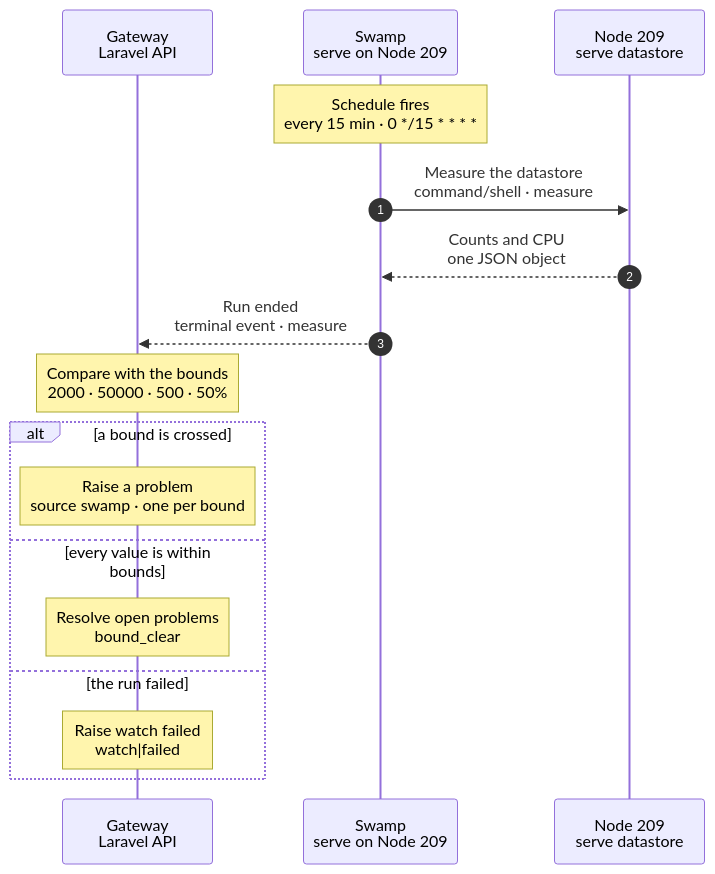
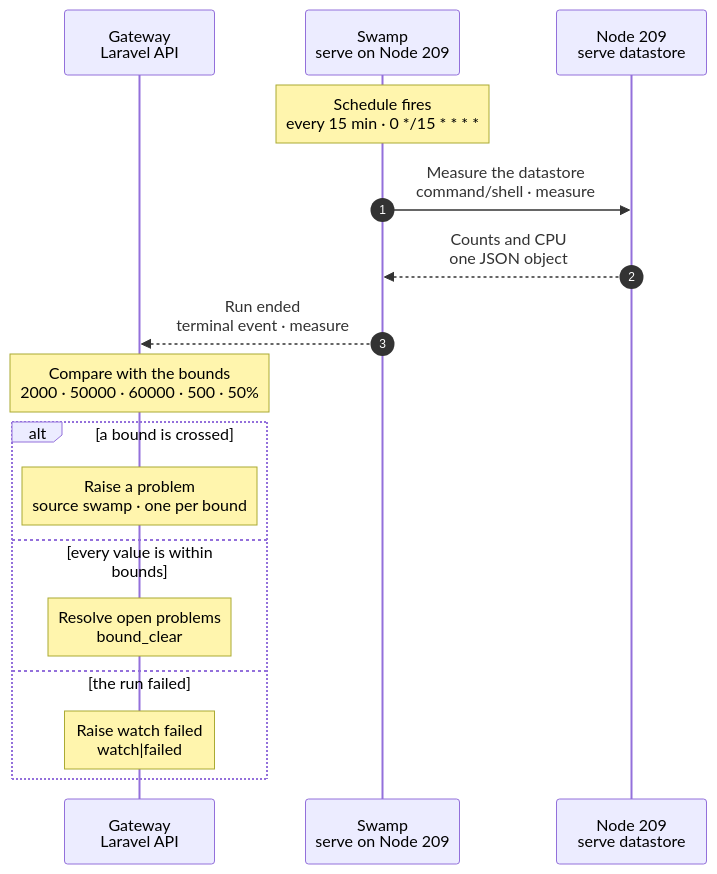
The diagram in docs/flows/swamp.datastore_watch.mmd (hardimpactdev/orbit), drawn with Mermaid before and after one commit. The commit also changed 4 other files, not shown here.

First line of the commit message:
feat(swamp): the datastore watch bounds step leases at 60,000

```diff
--- a/docs/flows/swamp.datastore_watch.mmd
+++ b/docs/flows/swamp.datastore_watch.mmd
@@ -1,54 +1,55 @@
 sequenceDiagram
   %% Target design: ADR 0243 (swamp role owns serve), ADR 0244 task per fire, Nick 2026-11-02 datastore watch decision. docs/reference/operations.md#swamp-datastore-watch.
   %% status: draft
   %% command: none · swamp-datastore-watch schedule
   %% behavior name: swamp-datastore-watch (fixed)
   autonumber
   %% lane GW icon=gateway pill=intent tone=blue
   %% lane SW icon=workflow pill=executes tone=green
   %% lane N icon=server pill=target tone=amber
   participant GW as Gateway<br/>Laravel API
   participant SW as Swamp<br/>serve on Node 209
   participant N as Node 209<br/>serve datastore
   Note over SW: Schedule fires<br/>every 15 min · 0 */15 * * * *
   %%> When:
   %%> - every 15 minutes, from the native trigger of `swamp-datastore-watch`
   %%> - serve loads the workflow from the repository with each release, like every workflow
   %%> Not included:
   %%> - no command: no person starts it, and the swamp role installs nothing for it
   %%> - one fire is one task (ADR 0244)
   SW->>N: Measure the datastore<br/>command/shell · measure
   %%> What it does:
-  %%> - counts the auto-definitions of each behavior type, the output records, the workflow runs, the data records and the grant records in serve's `.swamp`
+  %%> - counts the auto-definitions of each behavior type, the output records, the workflow runs, the data records, the step leases and the grant records in serve's `.swamp`
   %%> - samples serve's CPU over 5 seconds
   %%> Runs as:
   %%> - a swamp worker on Node 209, beside serve; it reads only and changes nothing
   N-->>SW: Counts and CPU<br/>one JSON object
   %%> Returns:
-  %%> - `auto_definitions` per type, `outputs`, `workflow_runs`, `data`, `grants` and `serve_cpu_percent`
+  %%> - `auto_definitions` per type, `outputs`, `workflow_runs`, `data`, `step_leases`, `grants` and `serve_cpu_percent`
   SW-->>GW: Run ended<br/>terminal event · measure
   %%> How the Gateway learns it:
   %%> - its shared run reader sees the terminal event and reads the step's output; the step never calls the Gateway
-  Note over GW: Compare with the bounds<br/>2000 · 50000 · 500 · 50%
+  Note over GW: Compare with the bounds<br/>2000 · 50000 · 60000 · 500 · 50%
   %%> Bounds:
   %%> - 2,000 auto-definitions of one type, grant records excepted
   %%> - 50,000 output records
+  %%> - 60,000 step leases; bookkeeping keeps them 2 hours, so they level off near 2 hours of dispatches
   %%> - 500 grant records
   %%> - 50% serve CPU
   %%> Why:
   %%> - large auto-definition directories drove serve's CPU past 100% (Lab #4280)
   alt a bound is crossed
     Note over GW: Raise a problem<br/>source swamp · one per bound
     %%> Result:
     %%> - one problem per crossed bound, with the observed value and the bound
     %%> - it becomes ready after a second sighting at least 10 minutes later, like a Doctor finding
   else every value is within bounds
     Note over GW: Resolve open problems<br/>bound_clear
     %%> Result:
     %%> - each open problem whose value is back within its bound is resolved
   else the run failed
     Note over GW: Raise watch failed<br/>watch|failed
     %%> Result:
     %%> - one problem says the datastore is unwatched, with the run id
     %%> - the next fire runs as usual
   end
```
